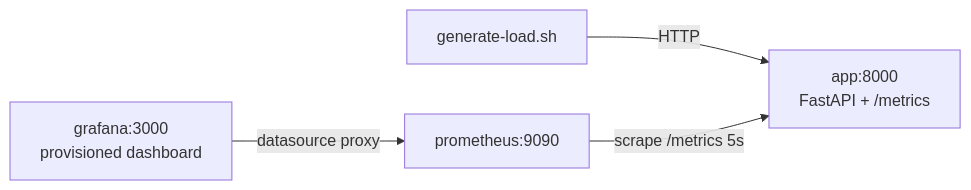
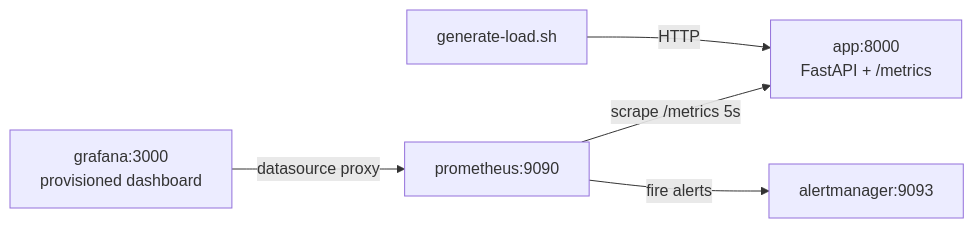
The diagram in DevOps-Infra/observability-bolt-on/README.md (t-abhijeetpal-source/Task_Evaluation), drawn with Mermaid before and after one commit. The commit also changed other lines of this file and 114 other files, not shown here.

````diff
--- a/DevOps-Infra/observability-bolt-on/README.md
+++ b/DevOps-Infra/observability-bolt-on/README.md
@@ -14,6 +14,7 @@
 ```mermaid
 flowchart LR
     LG["generate-load.sh"] -->|HTTP| APP["app:8000<br/>FastAPI + /metrics"]
     PROM["prometheus:9090"] -->|scrape /metrics 5s| APP
+    PROM -->|fire alerts| AM["alertmanager:9093"]
     GRAF["grafana:3000<br/>provisioned dashboard"] -->|datasource proxy| PROM
 ```
````
